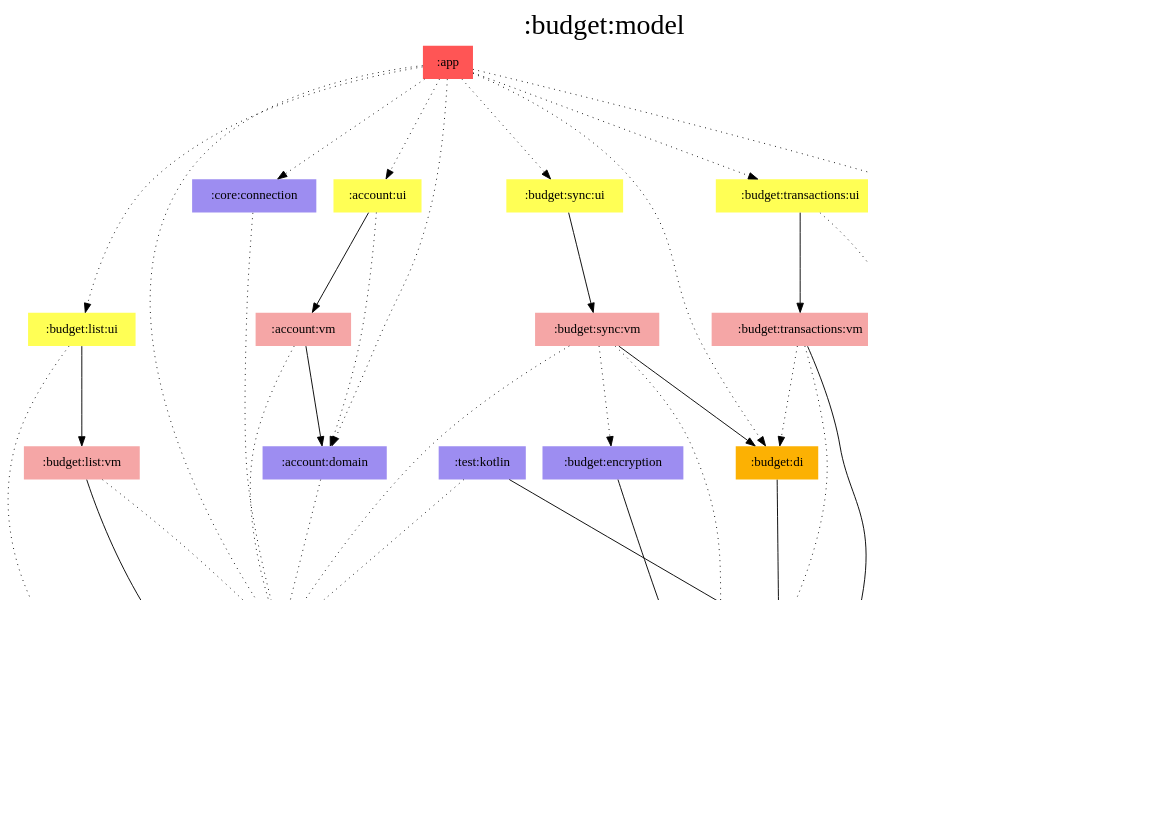
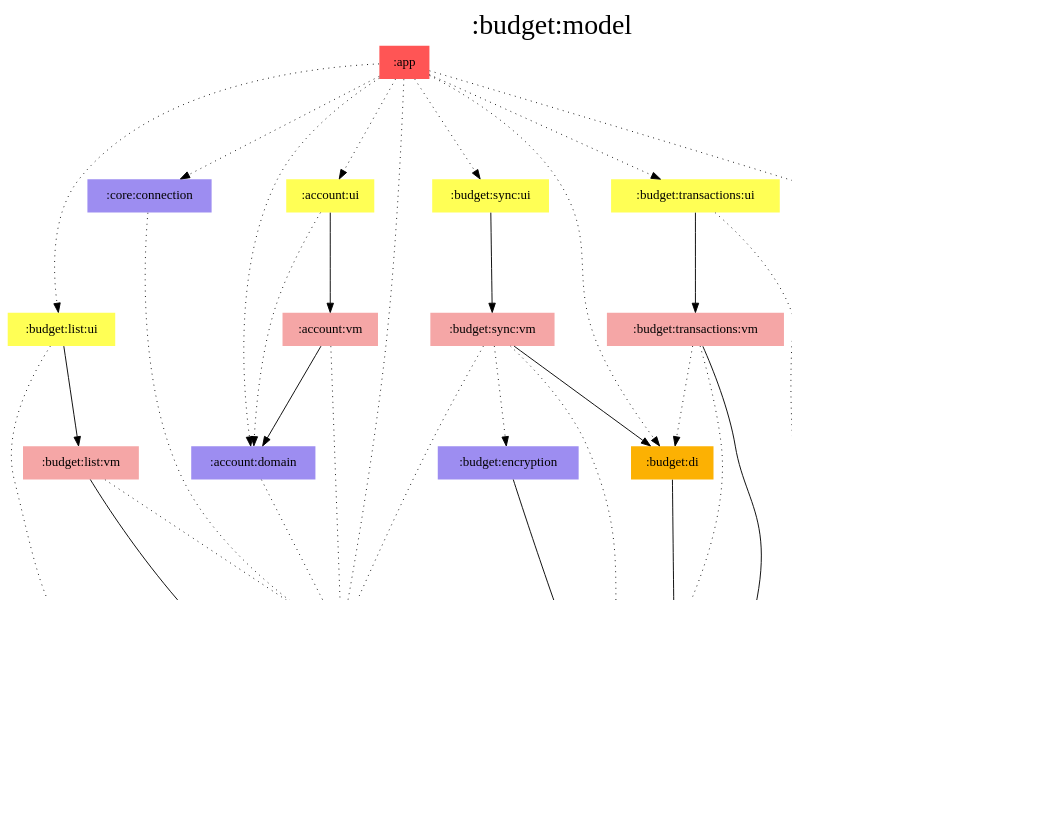
The diagram in modules/budget/model/modules.dot (jonapoul/aktual), drawn with Graphviz before and after one commit. The commit also changed 26 other files, not shown here.

Commit message:
Remove test modules from graphs

```diff
--- a/modules/budget/model/modules.dot
+++ b/modules/budget/model/modules.dot
@@ -1,77 +1,74 @@
 digraph {
 edge ["dir"="forward"]
 graph ["dpi"="100","label"=":budget:model","labelloc"="t","fontsize"="30","ranksep"="1.5","rankdir"="TB"]
 node ["style"="filled"]
 ":account:domain" ["fillcolor"="#9D8DF1","shape"="none"]
 ":account:ui" ["fillcolor"="#FFFF55","shape"="none"]
 ":account:vm" ["fillcolor"="#F5A6A6","shape"="none"]
 ":api:actual" ["fillcolor"="#9D8DF1","shape"="none"]
 ":app" ["fillcolor"="#FF5555","shape"="none"]
 ":budget:db" ["fillcolor"="#9D8DF1","shape"="none"]
 ":budget:di" ["fillcolor"="#FCB103","shape"="none"]
 ":budget:encryption" ["fillcolor"="#9D8DF1","shape"="none"]
 ":budget:list:ui" ["fillcolor"="#FFFF55","shape"="none"]
 ":budget:list:vm" ["fillcolor"="#F5A6A6","shape"="none"]
 ":budget:model" ["fillcolor"="#9D8DF1","color"="black","penwidth"="3","shape"="box"]
 ":budget:sync:ui" ["fillcolor"="#FFFF55","shape"="none"]
 ":budget:sync:vm" ["fillcolor"="#F5A6A6","shape"="none"]
 ":budget:transactions:ui" ["fillcolor"="#FFFF55","shape"="none"]
 ":budget:transactions:vm" ["fillcolor"="#F5A6A6","shape"="none"]
 ":core:connection" ["fillcolor"="#9D8DF1","shape"="none"]
 ":core:di" ["fillcolor"="#FCB103","shape"="none"]
-":test:kotlin" ["fillcolor"="#9D8DF1","shape"="none"]
 {
 edge ["dir"="none"]
 graph ["rank"="same"]
 ":budget:model"
 }
 ":account:domain" -> ":api:actual" ["style"="dotted"]
 ":account:ui" -> ":account:domain" ["style"="dotted"]
 ":account:ui" -> ":account:vm"
 ":account:vm" -> ":account:domain"
 ":account:vm" -> ":api:actual" ["style"="dotted"]
 ":api:actual" -> ":budget:model"
 ":app" -> ":account:domain" ["style"="dotted"]
 ":app" -> ":account:ui" ["style"="dotted"]
 ":app" -> ":api:actual" ["style"="dotted"]
 ":app" -> ":budget:di" ["style"="dotted"]
 ":app" -> ":budget:list:ui" ["style"="dotted"]
 ":app" -> ":budget:sync:ui" ["style"="dotted"]
 ":app" -> ":budget:transactions:ui" ["style"="dotted"]
 ":app" -> ":core:connection" ["style"="dotted"]
 ":app" -> ":core:di" ["style"="dotted"]
 ":budget:db" -> ":budget:model"
 ":budget:di" -> ":budget:db"
 ":budget:encryption" -> ":budget:model"
 ":budget:list:ui" -> ":budget:list:vm"
 ":budget:list:ui" -> ":budget:model" ["style"="dotted"]
 ":budget:list:vm" -> ":api:actual" ["style"="dotted"]
 ":budget:list:vm" -> ":budget:model"
 ":budget:sync:ui" -> ":budget:sync:vm"
 ":budget:sync:vm" -> ":api:actual" ["style"="dotted"]
 ":budget:sync:vm" -> ":budget:di"
 ":budget:sync:vm" -> ":budget:encryption" ["style"="dotted"]
 ":budget:sync:vm" -> ":budget:model" ["style"="dotted"]
 ":budget:transactions:ui" -> ":budget:model" ["style"="dotted"]
 ":budget:transactions:ui" -> ":budget:transactions:vm"
 ":budget:transactions:vm" -> ":budget:db" ["style"="dotted"]
 ":budget:transactions:vm" -> ":budget:di" ["style"="dotted"]
 ":budget:transactions:vm" -> ":budget:model"
 ":core:connection" -> ":api:actual" ["style"="dotted"]
 ":core:di" -> ":budget:model"
-":test:kotlin" -> ":api:actual" ["style"="dotted"]
-":test:kotlin" -> ":budget:db"
 subgraph "cluster_legend" {
 edge ["dir"="none"]
 graph ["label"="Legend","fontsize"="20"]
 "Legend" ["style"="filled","fillcolor"="#FFFFFF","shape"="none","margin"="0","fontsize"="15","label"=<
 <TABLE BORDER="0" CELLBORDER="0" CELLSPACING="0" CELLPADDING="4">
 <TR><TD>App</TD><TD BGCOLOR="#FF5555">module-name</TD></TR>
 <TR><TD>ViewModel</TD><TD BGCOLOR="#F5A6A6">module-name</TD></TR>
 <TR><TD>Hilt</TD><TD BGCOLOR="#FCB103">module-name</TD></TR>
 <TR><TD>Compose</TD><TD BGCOLOR="#FFFF55">module-name</TD></TR>
 <TR><TD>Multiplatform</TD><TD BGCOLOR="#9D8DF1">module-name</TD></TR>
 </TABLE>
 >]
 } -> ":budget:model" ["style"="invis"]
 }
```
